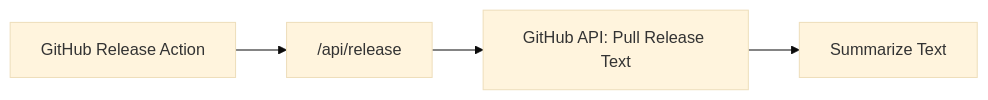
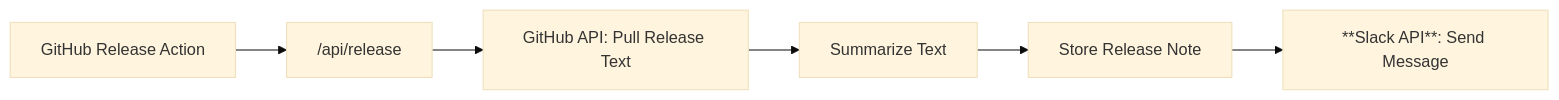
One commit to carstenjacobsen/runpod-demo changed the diagram in README.md. Above: the diagram before and after it, drawn with Mermaid (base theme).

Commit message:
Add flowchart for release process in README

````diff
--- a/README.md
+++ b/README.md
@@ -5,6 +5,8 @@
 ```mermaid
 flowchart LR
     A[GitHub Release Action] --> B["/api/release"]
     B --> C[GitHub API: Pull Release Text]
     C --> D[Summarize Text]
+    D --> E[Store Release Note]
+    E --> F[**Slack API**: Send Message]
 ```
````
